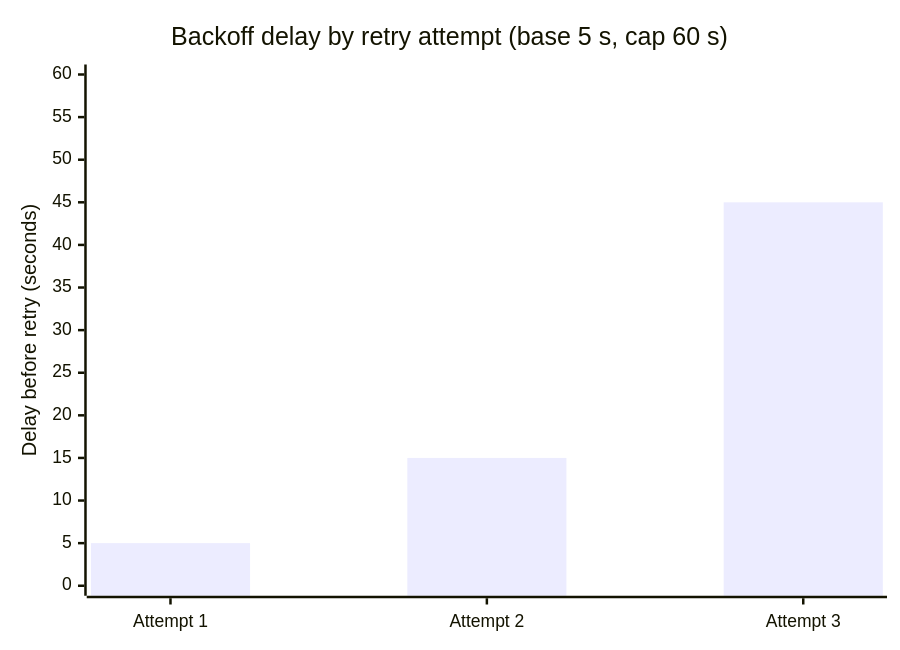
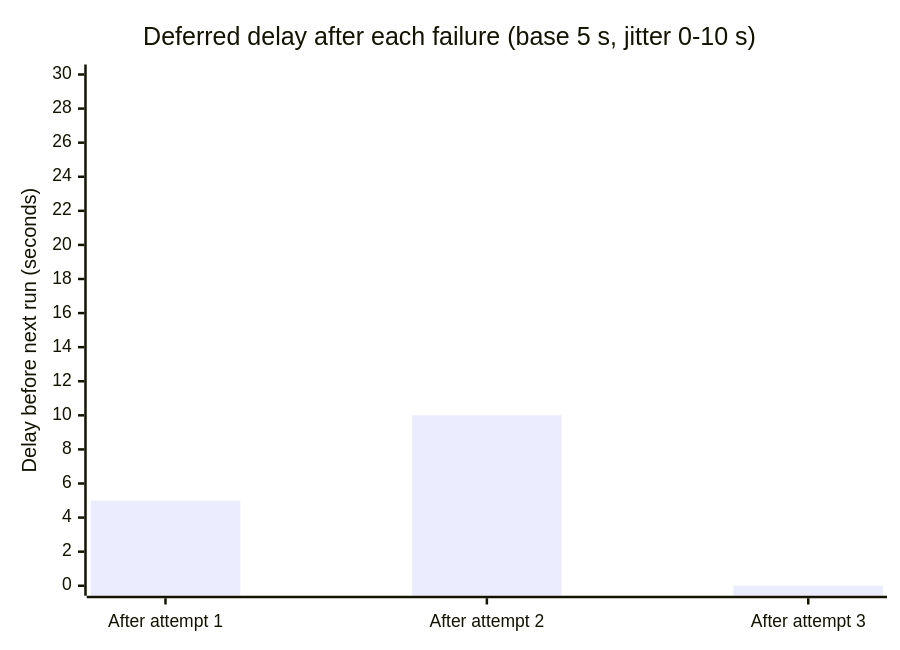
The third of 3 diagrams in src/main/java/com/rutik/systemdesign/fastapi/case_studies/design_async_task_queue.md (rppol/system-design), drawn with Mermaid before and after one commit. The commit also changed other lines of this file and 3 other files, not shown here.

````diff
--- a/src/main/java/com/rutik/systemdesign/fastapi/case_studies/design_async_task_queue.md
+++ b/src/main/java/com/rutik/systemdesign/fastapi/case_studies/design_async_task_queue.md
@@ -210,7 +224,7 @@
 ```mermaid
 xychart-beta
-    title "Backoff delay by retry attempt (base 5 s, cap 60 s)"
-    x-axis ["Attempt 1", "Attempt 2", "Attempt 3"]
-    y-axis "Delay before retry (seconds)" 0 --> 60
-    bar [5, 15, 45]
+    title "Deferred delay after each failure (base 5 s, jitter 0-10 s)"
+    x-axis ["After attempt 1", "After attempt 2", "After attempt 3"]
+    y-axis "Delay before next run (seconds)" 0 --> 30
+    bar [5, 10, 0]
 ```
````
